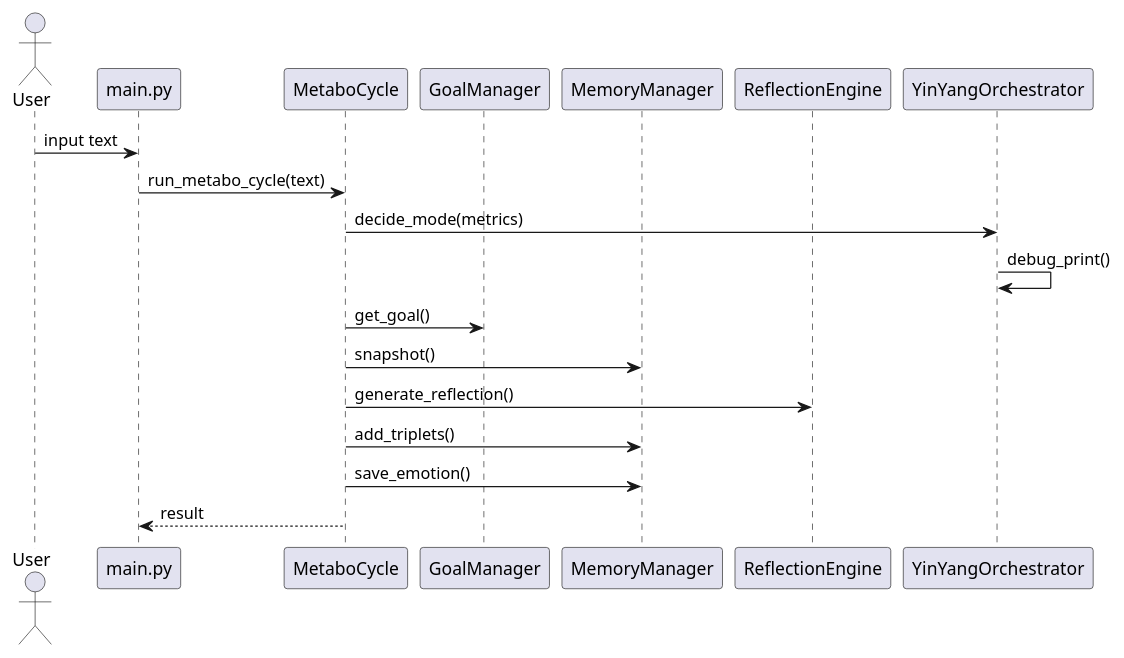
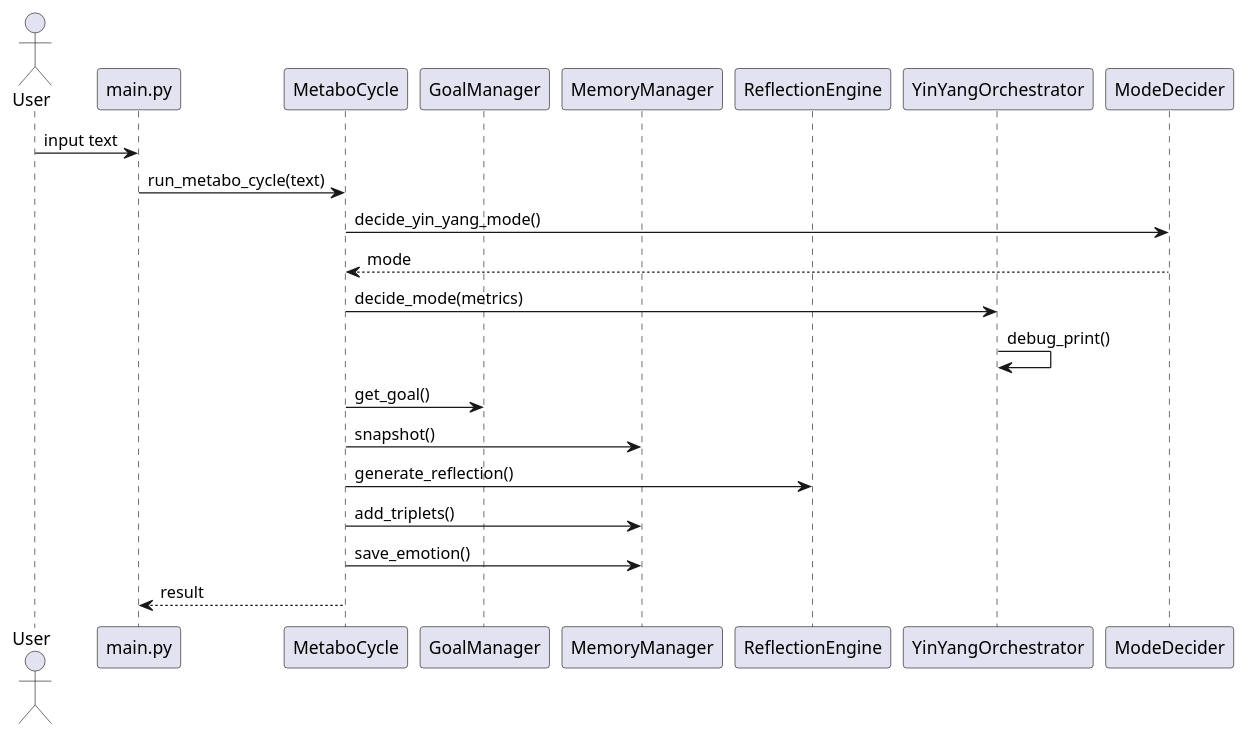
Before and after one commit to marcusreimold/MetaboMind: the diagram in doc/diagrams/sequence_diagram.puml, drawn with PlantUML. The commit also changed 9 other files, not shown here.

Commit message:
Add LLM mode decider (#62)

```diff
--- a/doc/diagrams/sequence_diagram.puml
+++ b/doc/diagrams/sequence_diagram.puml
@@ -1,19 +1,22 @@
 @startuml
 actor User
 participant "main.py" as Main
 participant MetaboCycle
 participant GoalManager
 participant MemoryManager
 participant ReflectionEngine
 participant YinYangOrchestrator
+participant ModeDecider
 User -> Main: input text
 Main -> MetaboCycle: run_metabo_cycle(text)
+MetaboCycle -> ModeDecider: decide_yin_yang_mode()
+ModeDecider --> MetaboCycle: mode
 MetaboCycle -> YinYangOrchestrator: decide_mode(metrics)
 YinYangOrchestrator -> YinYangOrchestrator: debug_print()
 MetaboCycle -> GoalManager: get_goal()
 MetaboCycle -> MemoryManager: snapshot()
 MetaboCycle -> ReflectionEngine: generate_reflection()
 MetaboCycle -> MemoryManager: add_triplets()
 MetaboCycle -> MemoryManager: save_emotion()
 MetaboCycle --> Main: result
 @enduml
```
